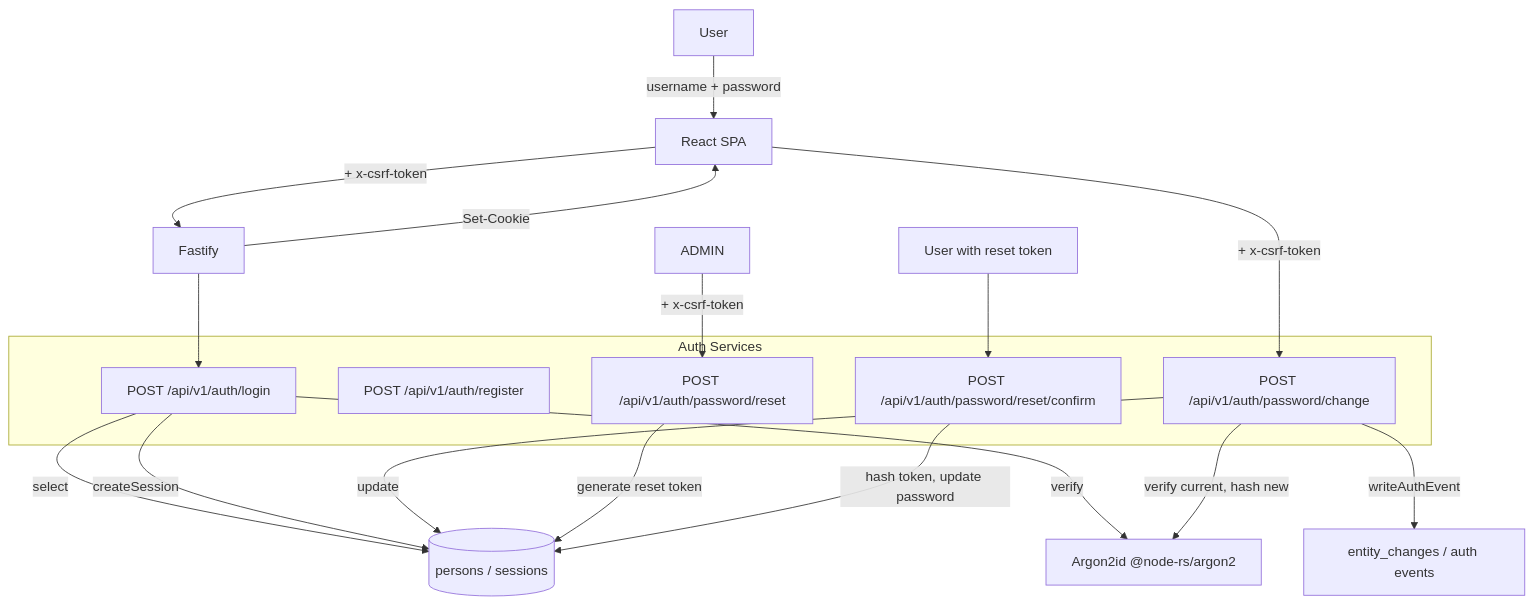
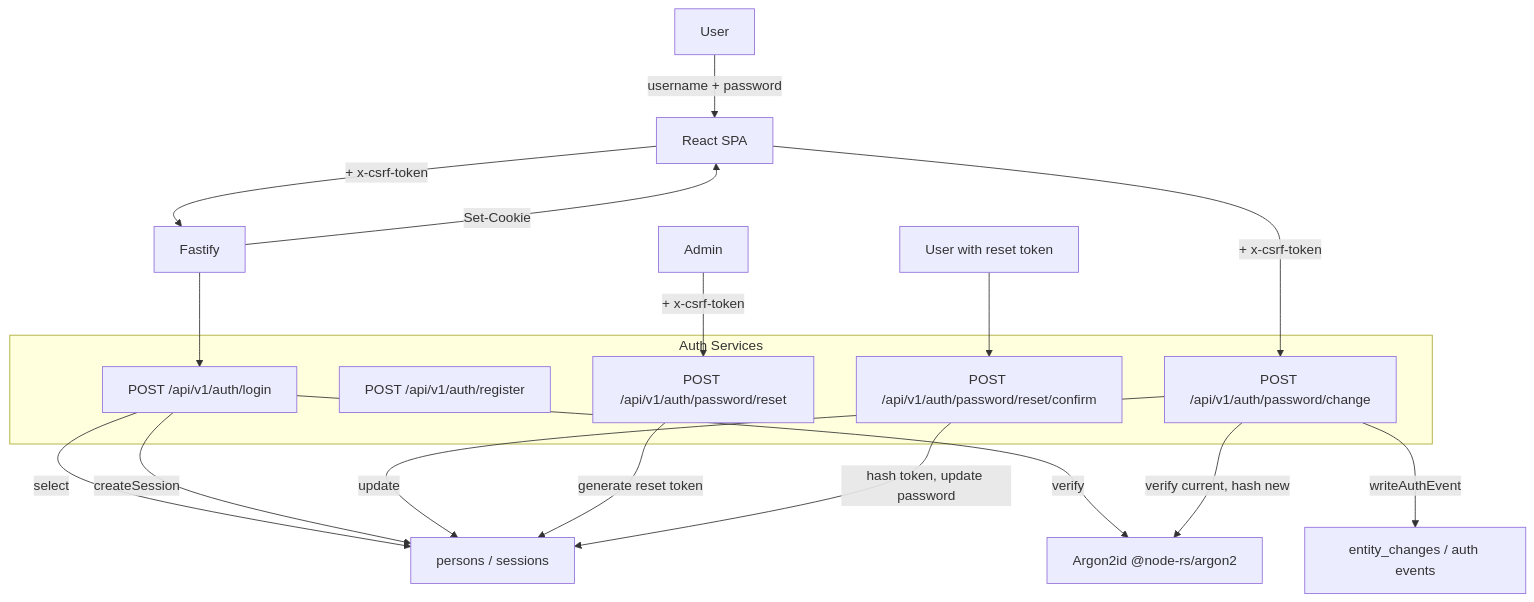
The second of 6 diagrams in docs/security/2026-09-10-security-assessment.md (estevanalex/componode), drawn with Mermaid before and after one commit. The commit also changed other lines of this file and 1 other file, not shown here.

First line of the commit message:
Fix Mermaid syntax and strengthen skill guidance.

````diff
--- a/docs/security/2026-09-10-security-assessment.md
+++ b/docs/security/2026-09-10-security-assessment.md
@@ -147,34 +147,34 @@
 ```mermaid
 flowchart TD
   U[User]
-  FE[React SPA]
+  FE["React SPA"]
   FAS[Fastify]
   subgraph Auth["Auth Services"]
-    LOGIN[POST /api/v1/auth/login]
-    REG[POST /api/v1/auth/register]
-    CHG[POST /api/v1/auth/password/change]
-    RST[POST /api/v1/auth/password/reset]
-    RSTCONF[POST /api/v1/auth/password/reset/confirm]
+    LOGIN["POST /api/v1/auth/login"]
+    REG["POST /api/v1/auth/register"]
+    CHG["POST /api/v1/auth/password/change"]
+    RST["POST /api/v1/auth/password/reset"]
+    RSTCONF["POST /api/v1/auth/password/reset/confirm"]
   end
-  ARGON[Argon2id @node-rs/argon2]
-  DB[(persons / sessions)]
-  AUDIT[entity_changes / auth events]
+  ARGON["Argon2id @node-rs/argon2"]
+  DB["persons / sessions"]
+  AUDIT["entity_changes / auth events"]
 
-  U -->|username + password| FE
-  FE -->|+ x-csrf-token| FAS
+  U -->|"username + password"| FE
+  FE -->|"+ x-csrf-token"| FAS
   FAS --> LOGIN
-  LOGIN -->|select| DB
-  LOGIN -->|verify| ARGON
-  LOGIN -->|createSession| DB
-  FAS -->|Set-Cookie| FE
+  LOGIN -->|"select"| DB
+  LOGIN -->|"verify"| ARGON
+  LOGIN -->|"createSession"| DB
+  FAS -->|"Set-Cookie"| FE
 
-  FE -->|+ x-csrf-token| CHG
-  CHG -->|verify current, hash new| ARGON
-  CHG -->|update| DB
-  CHG -->|writeAuthEvent| AUDIT
+  FE -->|"+ x-csrf-token"| CHG
+  CHG -->|"verify current, hash new"| ARGON
+  CHG -->|"update"| DB
+  CHG -->|"writeAuthEvent"| AUDIT
 
-  ADMIN -->|+ x-csrf-token| RST
-  RST -->|generate reset token| DB
-  U2[User with reset token] --> RSTCONF
-  RSTCONF -->|hash token, update password| DB
+  ADMIN["Admin"] -->|"+ x-csrf-token"| RST
+  RST -->|"generate reset token"| DB
+  U2["User with reset token"] --> RSTCONF
+  RSTCONF -->|"hash token, update password"| DB
 ```
````
